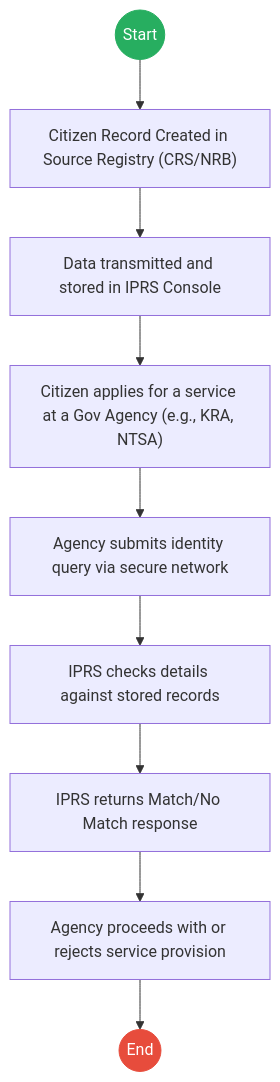
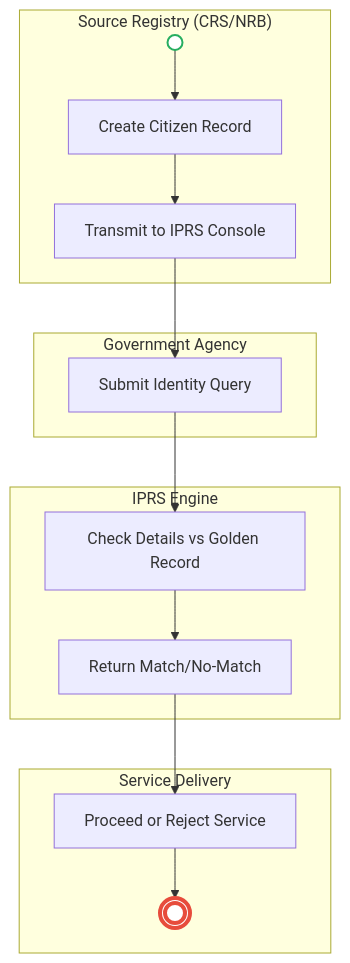
One commit to BITZ-IT-Consulting-LTD/ictapoc changed the first of 3 diagrams in mdas/docs_final/_INTEGRATED_POPULATION_REGISTRATION_SYSTEM___Service_Delivery.md. Above: the diagram before and after it, drawn with Mermaid. The commit also changed other lines of this file and 13 other files, not shown here.

````diff
--- a/mdas/docs_final/_INTEGRATED_POPULATION_REGISTRATION_SYSTEM___Service_Delivery.md
+++ b/mdas/docs_final/_INTEGRATED_POPULATION_REGISTRATION_SYSTEM___Service_Delivery.md
@@ -20,16 +20,24 @@
 ```mermaid
-graph TD
-    Start((Start)) --> S1
-    S1["Citizen Record Created in Source Registry (CRS/NRB)"] --> S2
-    S2["Data transmitted and stored in IPRS Console"] --> S3
-    S3["Citizen applies for a service at a Gov Agency (e.g., KRA, NTSA)"] --> S4
-    S4["Agency submits identity query via secure network"] --> S5
-    S5["IPRS checks details against stored records"] --> S6
-    S6["IPRS returns Match/No Match response"] --> S7
-    S7["Agency proceeds with or rejects service provision"] --> End((End))
+flowchart TD
+    subgraph Registry["Source Registry (CRS/NRB)"]
+        Start(( )) --> A1[Create Citizen Record]
+        A1 --> A2[Transmit to IPRS Console]
+    end
 
-    classDef start fill:#27ae60,stroke:#27ae60,color:#fff;
-    classDef endNode fill:#e74c3c,stroke:#e74c3c,color:#fff;
-    class Start start;
-    class End endNode;
+    subgraph Agency["Government Agency"]
+        A2 --> B1[Submit Identity Query]
+    end
+
+    subgraph IPRS["IPRS Engine"]
+        B1 --> C1[Check Details vs Golden Record]
+        C1 --> C2[Return Match/No-Match]
+    end
+
+    subgraph Final["Service Delivery"]
+        C2 --> D1[Proceed or Reject Service]
+        D1 --> End((( )))
+    end
+
+    style Start fill:#fff,stroke:#27ae60,stroke-width:2px
+    style End fill:#fff,stroke:#e74c3c,stroke-width:4px
 ```
````
